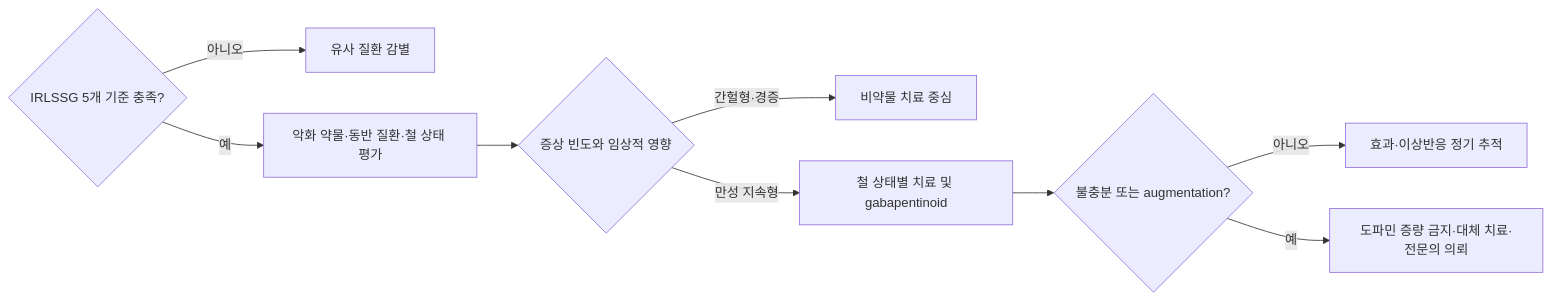
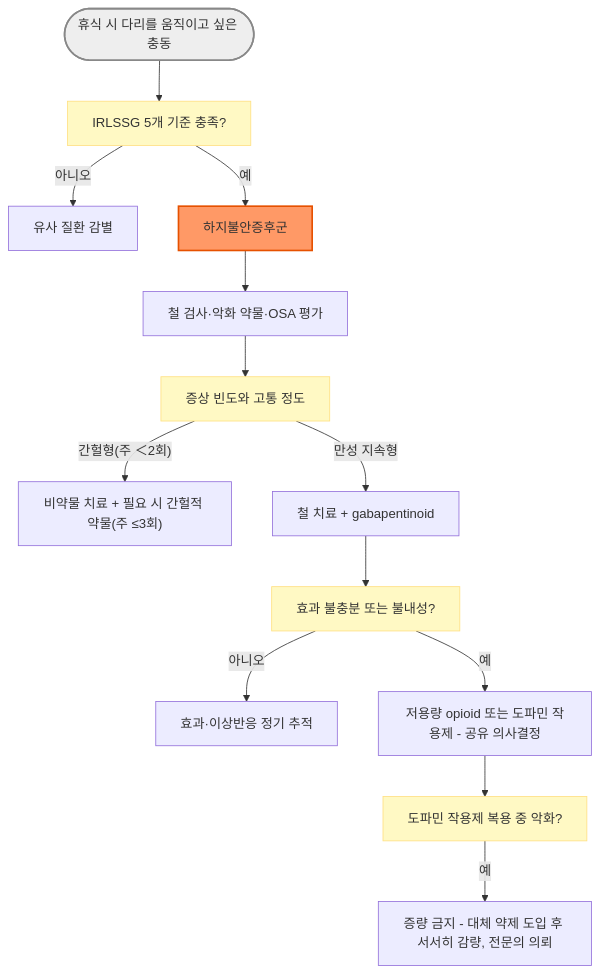
One commit to familyoh77/familyoh77 changed the diagram in 221_/036_-restless-legs-syndrome.md. Above: the diagram before and after it, drawn with Mermaid. The commit also changed other lines of this file, not shown here.

````diff
--- a/221_/036_-restless-legs-syndrome.md
+++ b/221_/036_-restless-legs-syndrome.md
@@ -100,12 +107,21 @@
 ```mermaid
-flowchart LR
-    A{"IRLSSG 5개 기준 충족?"}
-    A -- 아니오 --> B[유사 질환 감별]
-    A -- 예 --> C[악화 약물·동반 질환·철 상태 평가]
-    C --> D{"증상 빈도와 임상적 영향"}
-    D -- 간헐형·경증 --> E[비약물 치료 중심]
-    D -- 만성 지속형 --> F[철 상태별 치료 및 gabapentinoid]
-    F --> G{"불충분 또는 augmentation?"}
-    G -- 아니오 --> H[효과·이상반응 정기 추적]
-    G -- 예 --> I[도파민 증량 금지·대체 치료·전문의 의뢰]
+graph TD
+    Start(["휴식 시 다리를 움직이고 싶은 충동"]) --> A["IRLSSG 5개 기준 충족?"]
+    A -- 아니오 --> B["유사 질환 감별"]
+    A -- 예 --> C["하지불안증후군"]
+    C --> D["철 검사·악화 약물·OSA 평가"]
+    D --> E["증상 빈도와 고통 정도"]
+    E -- "간헐형(주 ＜2회)" --> F["비약물 치료 + 필요 시 간헐적 약물(주 ≤3회)"]
+    E -- 만성 지속형 --> G["철 치료 + gabapentinoid"]
+    G --> H["효과 불충분 또는 불내성?"]
+    H -- 아니오 --> I["효과·이상반응 정기 추적"]
+    H -- 예 --> K["저용량 opioid 또는 도파민 작용제 - 공유 의사결정"]
+    K --> L["도파민 작용제 복용 중 악화?"]
+    L -- 예 --> M["증량 금지 - 대체 약제 도입 후 서서히 감량, 전문의 의뢰"]
+    style Start fill:#eeeeee,stroke:#888888,stroke-width:2px
+    style C fill:#f96,stroke:#e65100,stroke-width:2px
+    style A fill:#fff9c4,stroke:#ffe082
+    style E fill:#fff9c4,stroke:#ffe082
+    style H fill:#fff9c4,stroke:#ffe082
+    style L fill:#fff9c4,stroke:#ffe082
 ```
````
